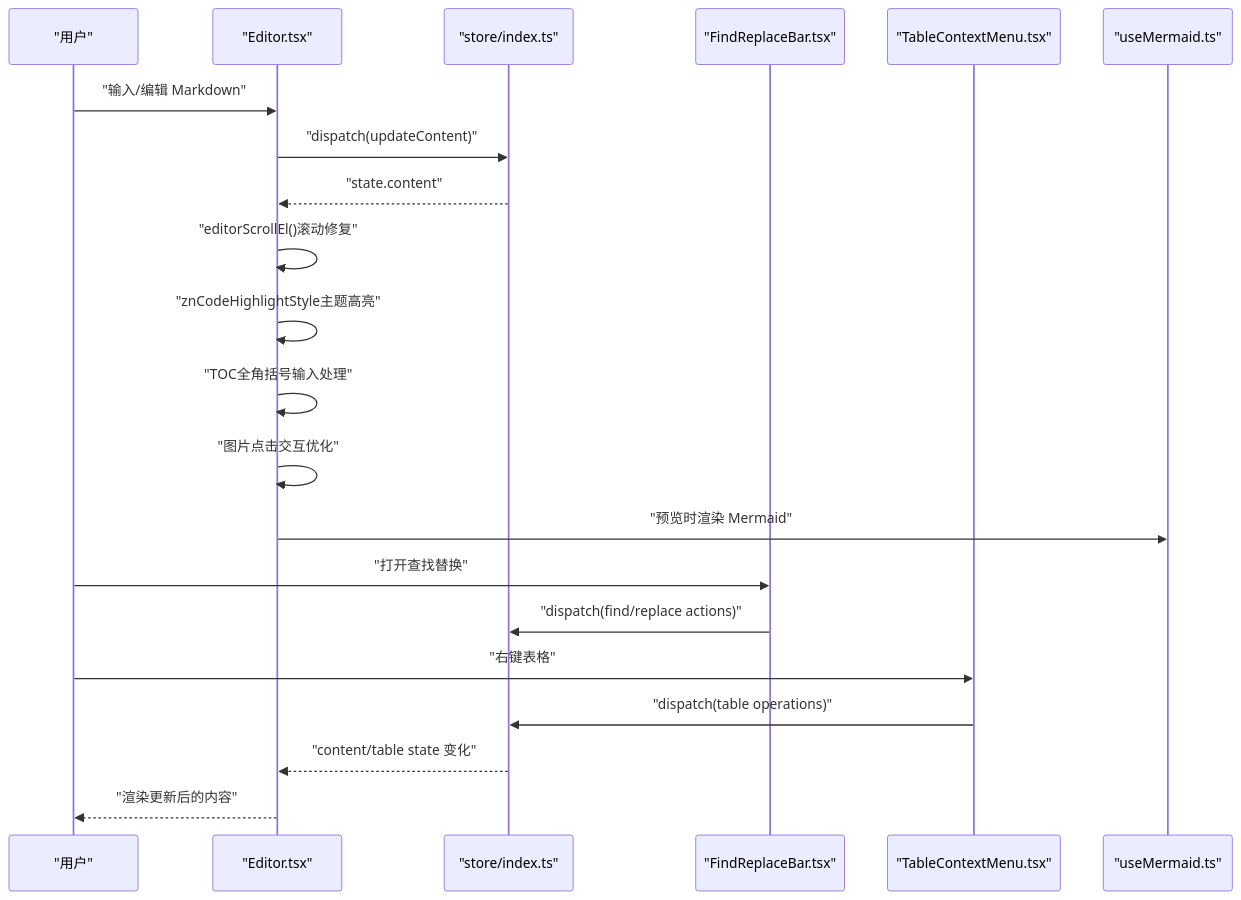
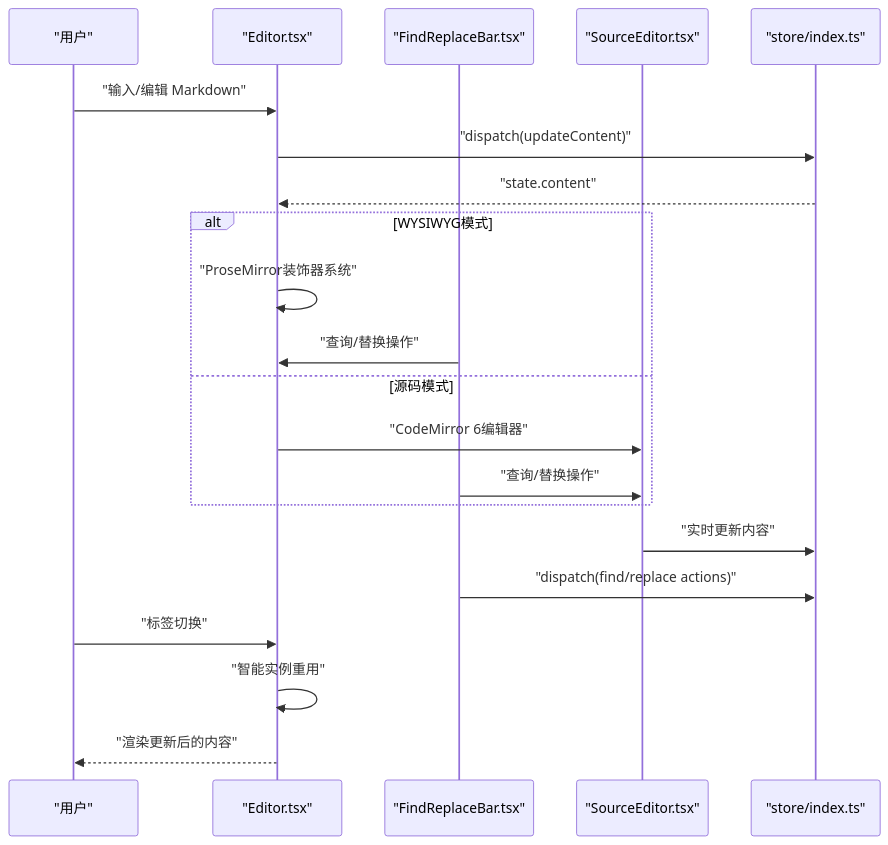
The second of 8 diagrams in .qoder/repowiki/zh/content/核心组件/编辑器组件.md (gongshiyun/ZenNote), drawn with Mermaid before and after one commit. The commit also changed other lines of this file and 38 other files, not shown here.

````diff
--- a/.qoder/repowiki/zh/content/核心组件/编辑器组件.md
+++ b/.qoder/repowiki/zh/content/核心组件/编辑器组件.md
@@ -117,23 +130,23 @@
 ```mermaid
 sequenceDiagram
 participant U as "用户"
 participant E as "Editor.tsx"
+participant FR as "FindReplaceBar.tsx"
+participant SE as "SourceEditor.tsx"
 participant S as "store/index.ts"
-participant F as "FindReplaceBar.tsx"
-participant T as "TableContextMenu.tsx"
-participant M as "useMermaid.ts"
 U->>E : "输入/编辑 Markdown"
 E->>S : "dispatch(updateContent)"
 S-->>E : "state.content"
-E->>E : "editorScrollEl()滚动修复"
-E->>E : "znCodeHighlightStyle主题高亮"
-E->>E : "TOC全角括号输入处理"
-E->>E : "图片点击交互优化"
-E->>M : "预览时渲染 Mermaid"
-U->>F : "打开查找替换"
-F->>S : "dispatch(find/replace actions)"
-U->>T : "右键表格"
-T->>S : "dispatch(table operations)"
-S-->>E : "content/table state 变化"
+alt WYSIWYG模式
+E->>E : "ProseMirror装饰器系统"
+FR->>E : "查询/替换操作"
+else 源码模式
+E->>SE : "CodeMirror 6编辑器"
+FR->>SE : "查询/替换操作"
+end
+SE->>S : "实时更新内容"
+FR->>S : "dispatch(find/replace actions)"
+U->>E : "标签切换"
+E->>E : "智能实例重用"
 E-->>U : "渲染更新后的内容"
 ```
````
